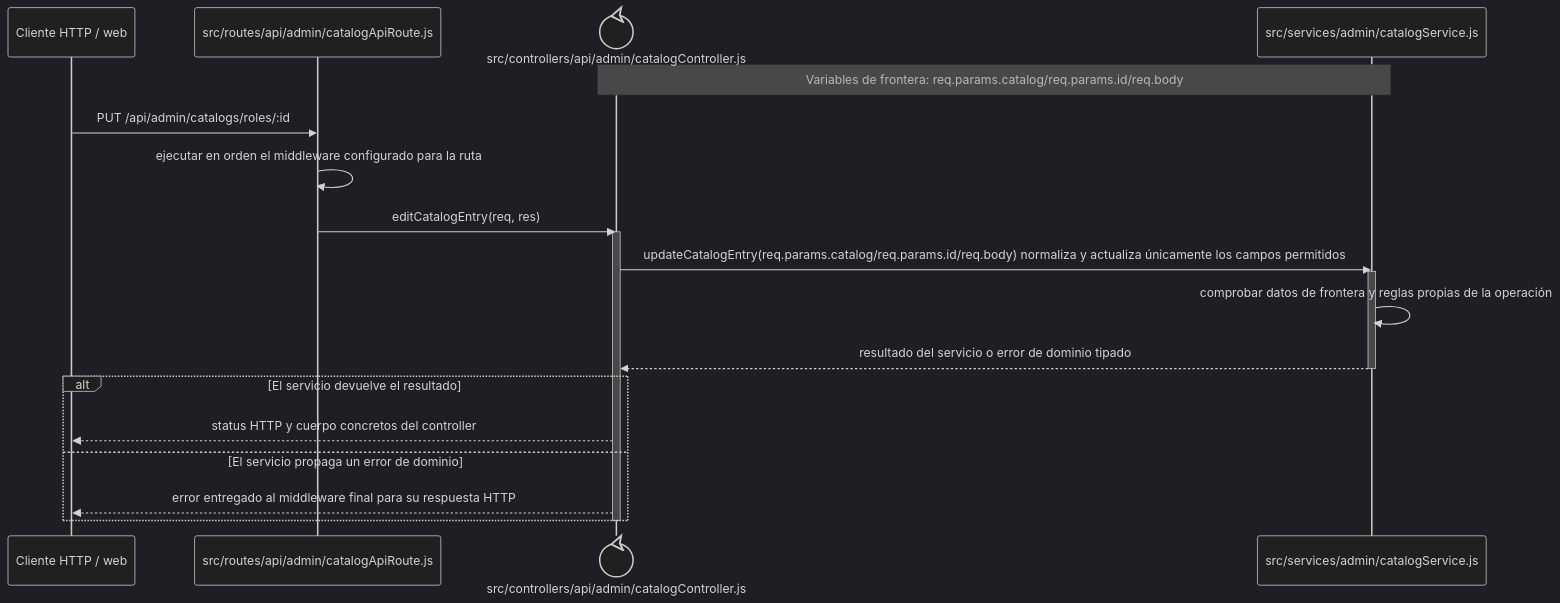
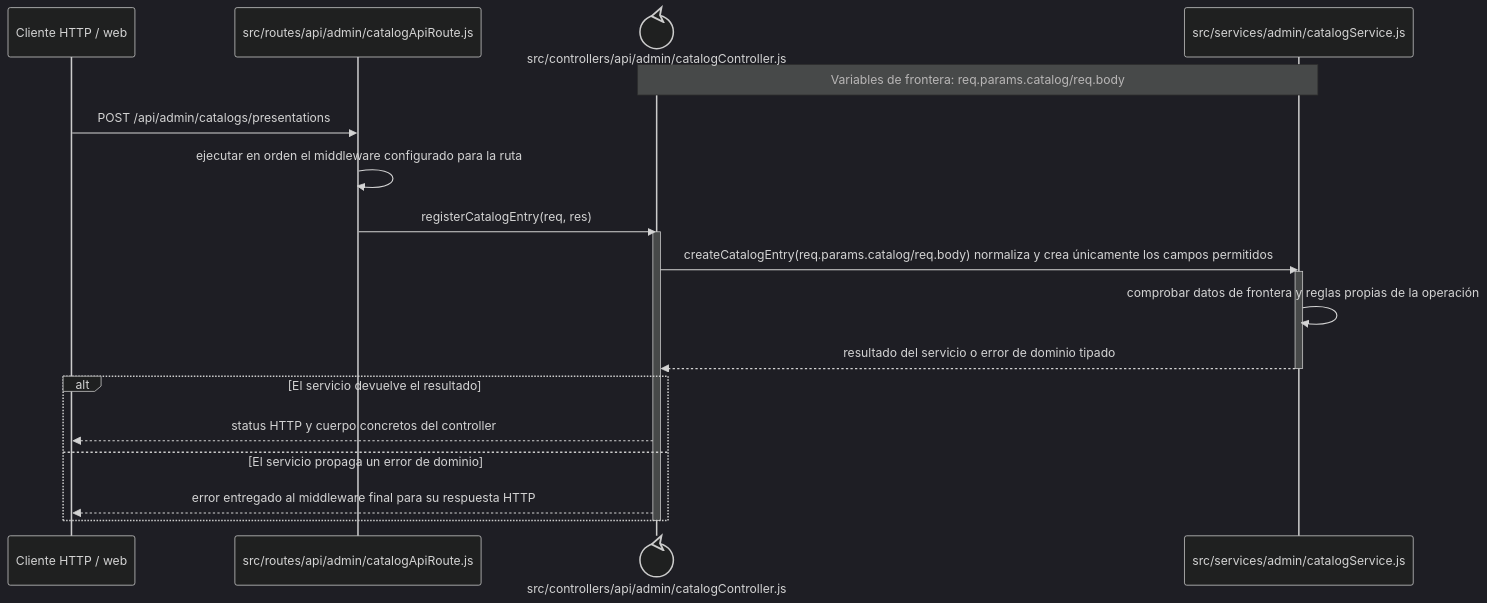
The diagram in docs/architecture/backend-code-sequences/catalogs/cu-cat-32.md (gpgsistemas01/nexus), drawn with Mermaid (dark theme) before and after one commit. The commit also changed other lines of this file and 207 other files, not shown here.

````diff
--- a/docs/architecture/backend-code-sequences/catalogs/cu-cat-32.md
+++ b/docs/architecture/backend-code-sequences/catalogs/cu-cat-32.md
@@ -6,24 +6,24 @@
 ```mermaid
 sequenceDiagram
     participant Client as Cliente HTTP / web
     participant Route as src/routes/api/admin/catalogApiRoute.js
     participant Controller@{ "type": "control" } as src/controllers/api/admin/catalogController.js
     participant Domain as src/services/admin/catalogService.js
-    Note over Controller,Domain: Variables de frontera: req.params.catalog/req.params.id/req.body
+    Note over Controller,Domain: Variables de frontera: req.params.catalog/req.body
 
-    Client->>Route: PUT /api/admin/catalogs/roles/:id
+    Client->>Route: POST /api/admin/catalogs/presentations
     Route->>Route: ejecutar en orden el middleware configurado para la ruta
-    Route->>Controller: editCatalogEntry(req, res)
+    Route->>Controller: registerCatalogEntry(req, res)
     activate Controller
-    Controller->>Domain: updateCatalogEntry(req.params.catalog/req.params.id/req.body) normaliza y actualiza únicamente los campos permitidos
+    Controller->>Domain: createCatalogEntry(req.params.catalog/req.body) normaliza y crea únicamente los campos permitidos
     activate Domain
     Domain->>Domain: comprobar datos de frontera y reglas propias de la operación
     Domain-->>Controller: resultado del servicio o error de dominio tipado
     deactivate Domain
     alt El servicio devuelve el resultado
         Controller-->>Client: status HTTP y cuerpo concretos del controller
     else El servicio propaga un error de dominio
         Controller-->>Client: error entregado al middleware final para su respuesta HTTP
     end
     deactivate Controller
 ```
````
